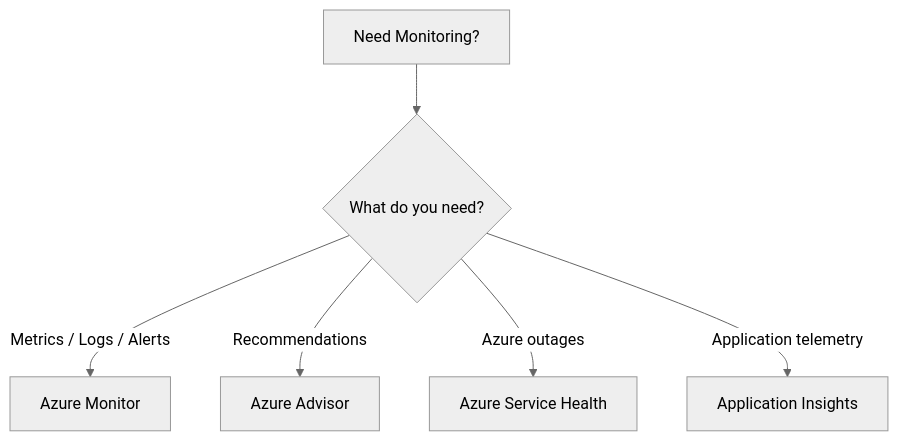
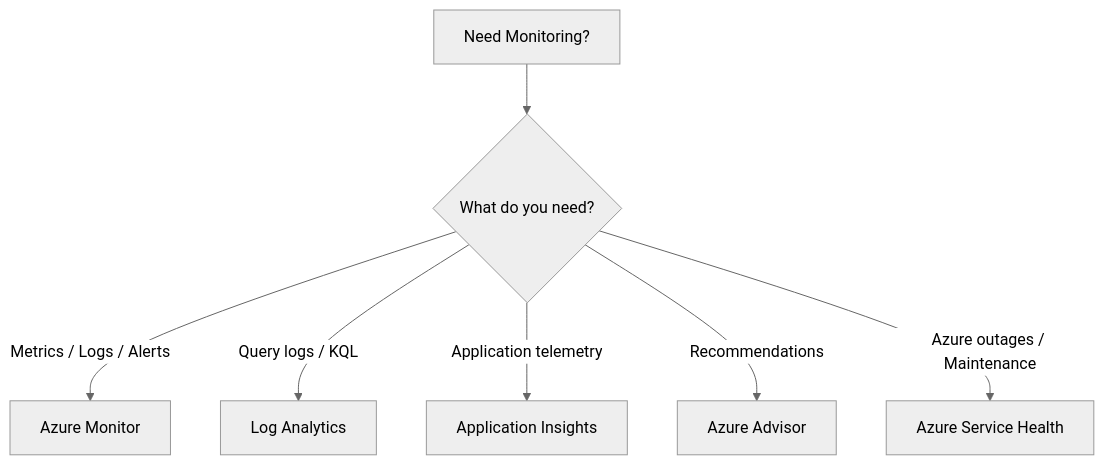
Before and after one commit to zhyordanova/azure-fundamentals-handbook: the diagram in exam/decision-trees/monitoring-decision-tree.md, drawn with Mermaid (neutral theme).

Commit message:
docs: finalize monitoring chapter and decision tree

````diff
--- a/exam/decision-trees/monitoring-decision-tree.md
+++ b/exam/decision-trees/monitoring-decision-tree.md
@@ -3,13 +3,15 @@
 ```mermaid
 flowchart TD
 
     A["Need Monitoring?"] --> B{"What do you need?"}
 
     B -->|Metrics / Logs / Alerts| C["Azure Monitor"]
 
-    B -->|Recommendations| D["Azure Advisor"]
+    B -->|Query logs / KQL| D["Log Analytics"]
 
-    B -->|Azure outages| E["Azure Service Health"]
+    B -->|Application telemetry| E["Application Insights"]
 
-    B -->|Application telemetry| F["Application Insights"]
+    B -->|Recommendations| F["Azure Advisor"]
+
+    B -->|Azure outages / Maintenance| G["Azure Service Health"]
 ```
````
